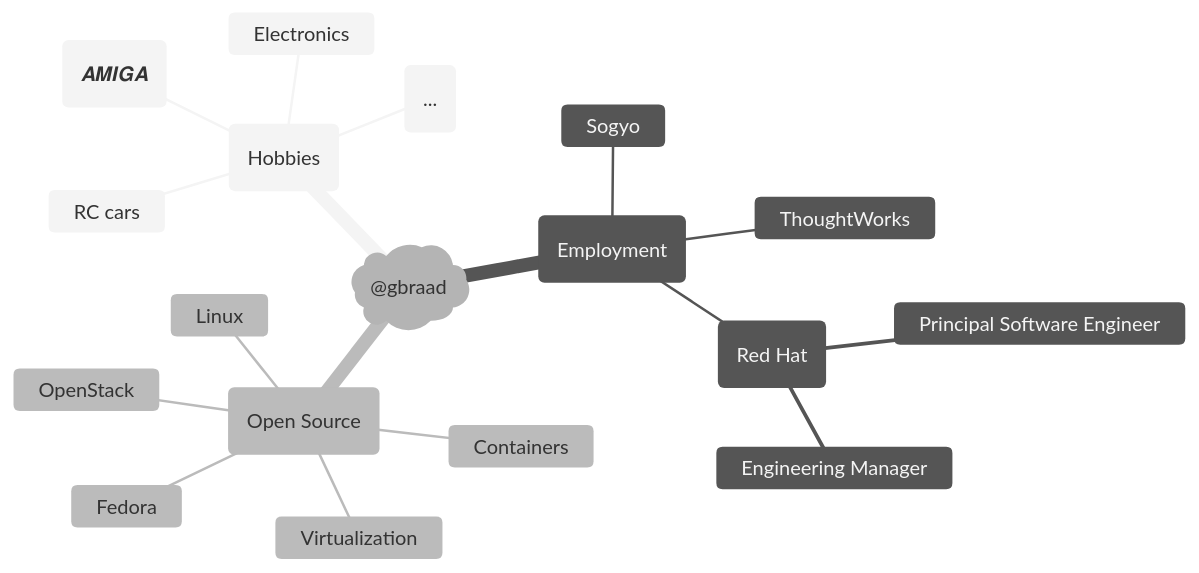
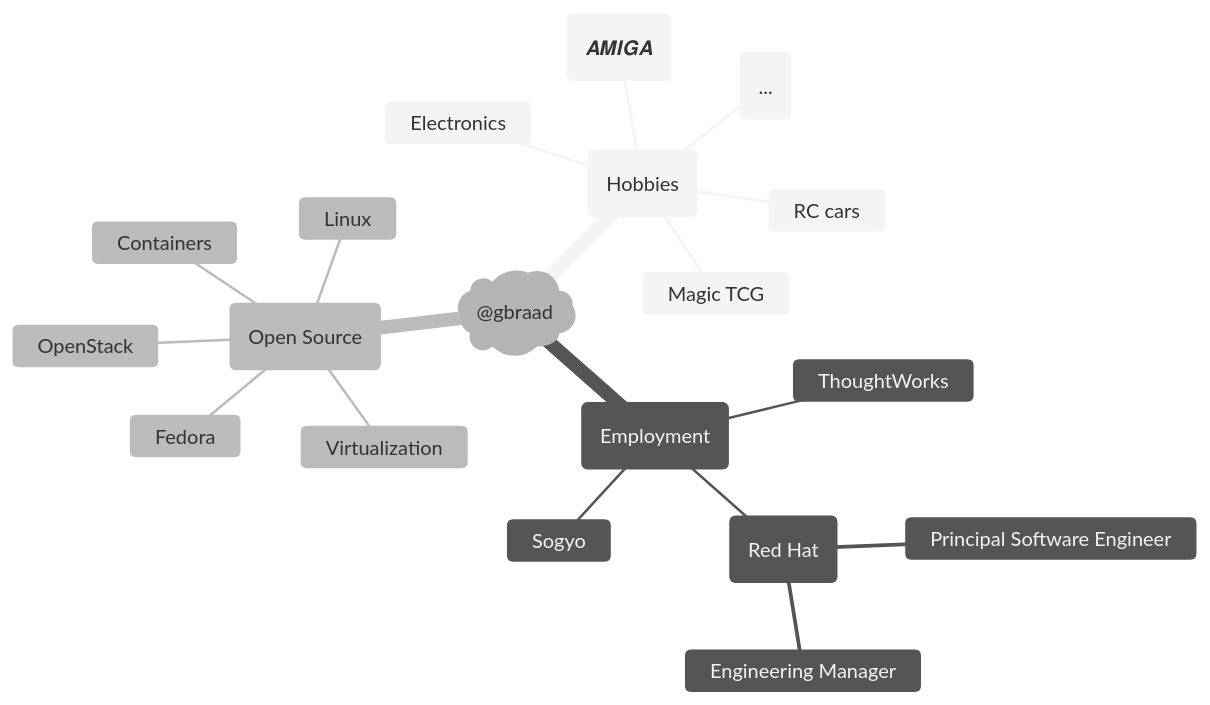
Before and after one commit to gbraad/gbraad: the diagram in README.md, drawn with Mermaid (neutral theme).

````diff
--- a/README.md
+++ b/README.md
@@ -30,21 +30,22 @@
 ```mermaid
 mindmap
    root)@gbraad(
       (Hobbies)
          (𝑨𝑴𝑰𝑮𝑨)
          Electronics
          RC cars
+         Magic TCG
          (...)
       (Employment)
          Sogyo
          ThoughtWorks
          (Red Hat)
             Principal Software Engineer
             Engineering Manager
       (Open Source)
          Linux
          Fedora
          OpenStack
          Containers
          Virtualization
 ```
````
